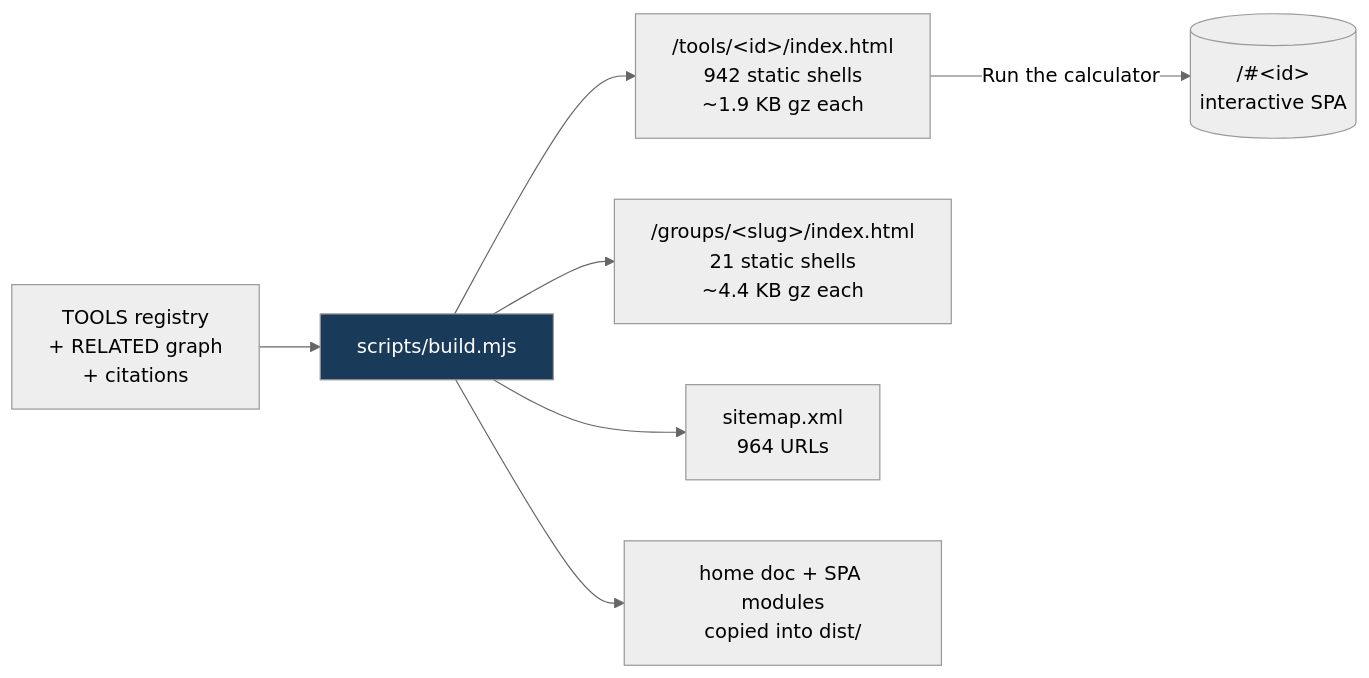
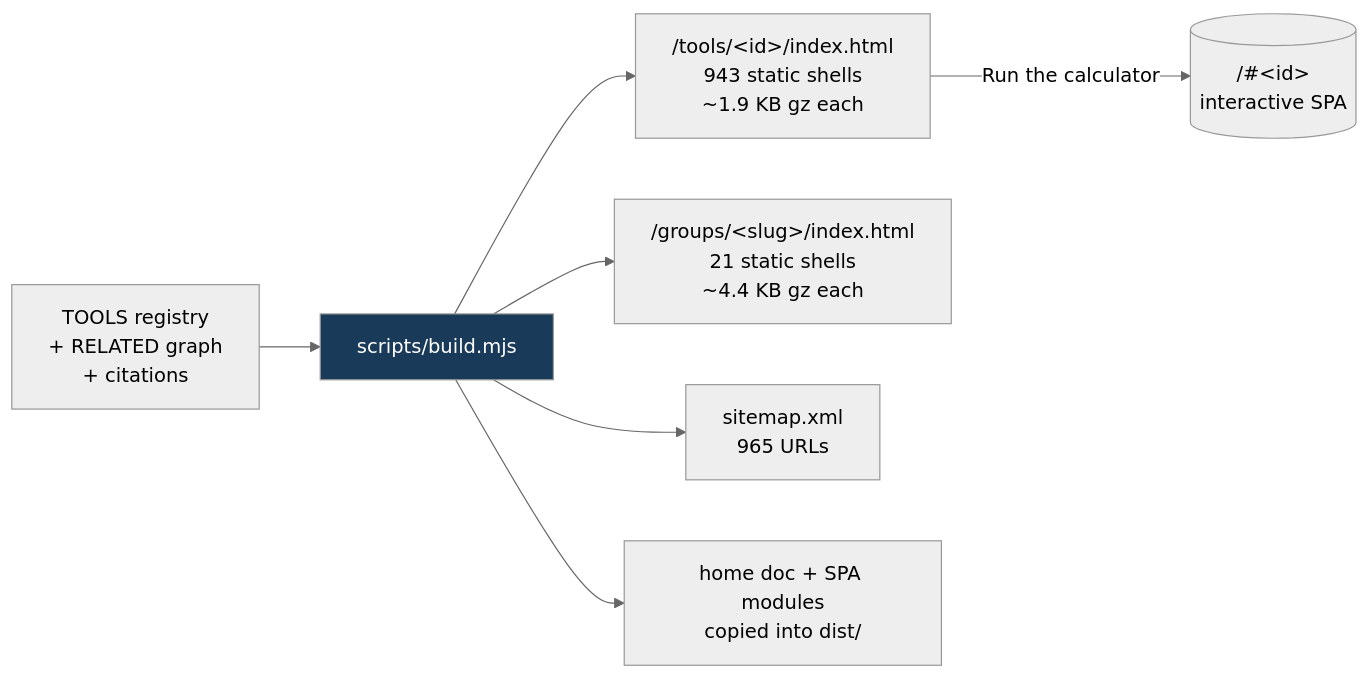
The fifth of 8 diagrams in README.md (clay-good/roughlogic.com), drawn with Mermaid (neutral theme) before and after one commit. The commit also changed other lines of this file and 12 other files, not shown here.

````diff
--- a/README.md
+++ b/README.md
@@ -495,10 +495,10 @@
 ```mermaid
 flowchart LR
     SRC[TOOLS registry\n+ RELATED graph\n+ citations] --> BUILD[scripts/build.mjs]
-    BUILD --> TILE["/tools/&lt;id&gt;/index.html\n942 static shells\n~1.9 KB gz each"]
+    BUILD --> TILE["/tools/&lt;id&gt;/index.html\n943 static shells\n~1.9 KB gz each"]
     BUILD --> GROUP["/groups/&lt;slug&gt;/index.html\n21 static shells\n~4.4 KB gz each"]
-    BUILD --> MAP["sitemap.xml\n964 URLs"]
+    BUILD --> MAP["sitemap.xml\n965 URLs"]
     BUILD --> COPY[home doc + SPA modules\ncopied into dist/]
     TILE -->|Run the calculator| SPA[("/#&lt;id&gt;\ninteractive SPA")]
     style BUILD fill:#1a3a5a,color:#fff
 ```
````
